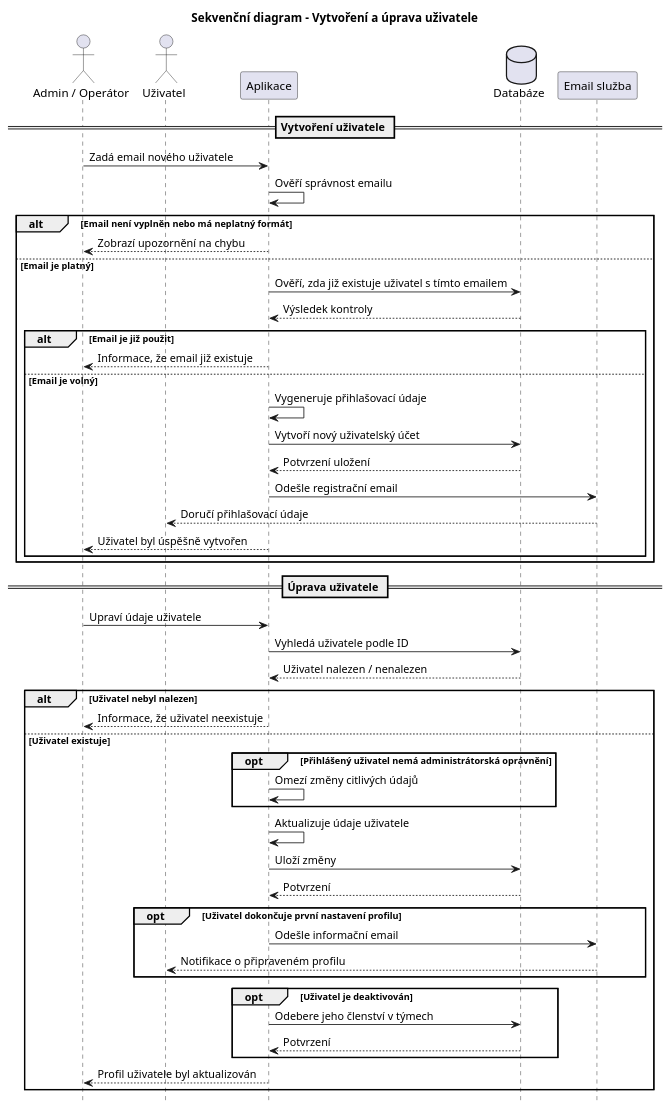
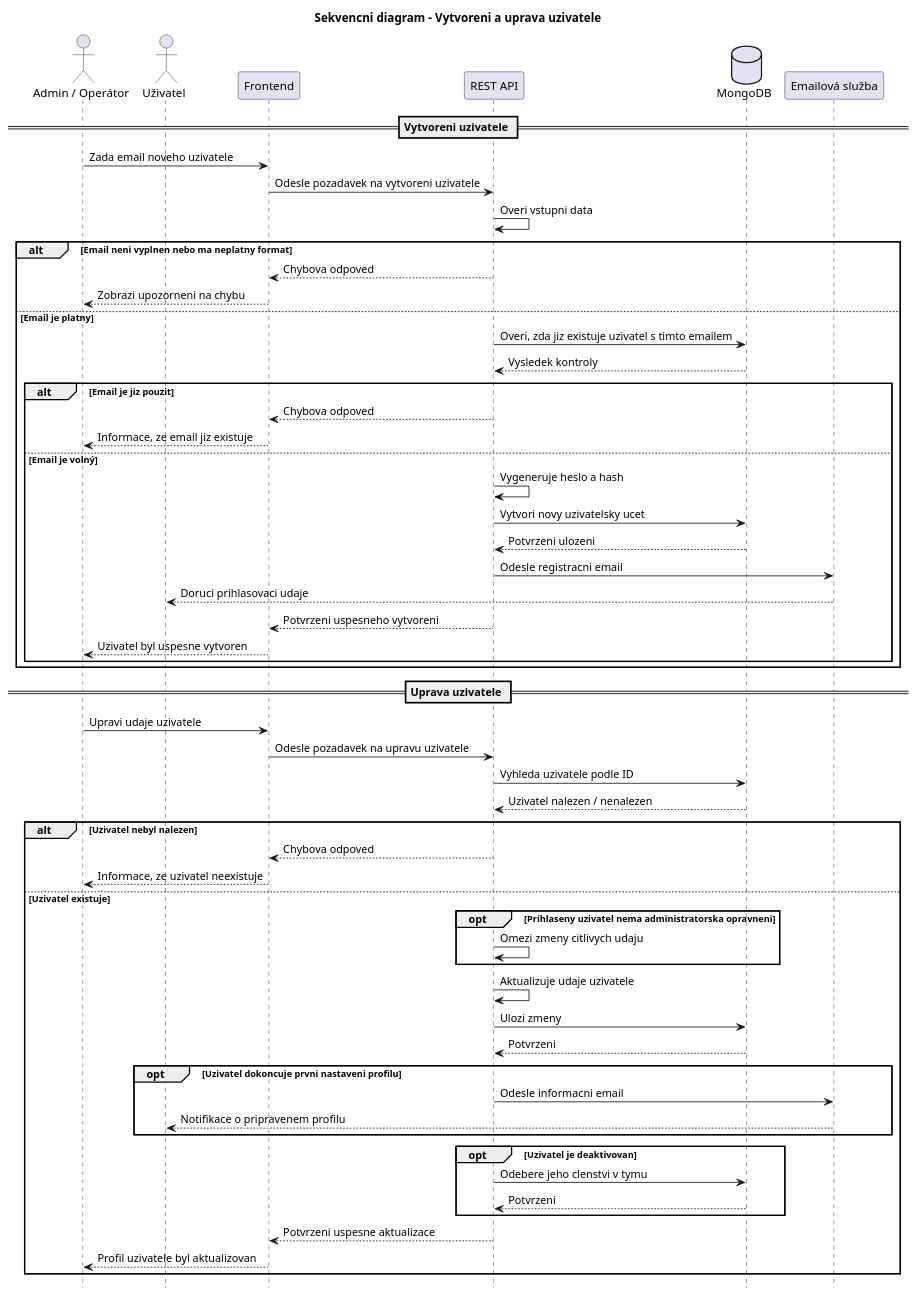
Before and after one commit to TomasHusarik/SpravujTym: the diagram in LLM/sequence_diagram_user.plantuml, drawn with PlantUML. The commit also changed 3 other files, not shown here.

```diff
--- a/LLM/sequence_diagram_user.plantuml
+++ b/LLM/sequence_diagram_user.plantuml
@@ -1,70 +1,78 @@
 @startuml
-title Sekvenční diagram – Vytvoření a úprava uživatele
+title Sekvencni diagram - Vytvoreni a uprava uzivatele
 hide footbox
 
 actor "Admin / Operátor" as Admin
 actor "Uživatel" as UserActor
-participant "Aplikace" as App
-database "Databáze" as DB
-participant "Email služba" as Mail
+participant "Frontend" as FE
+participant "REST API" as API
+database "MongoDB" as DB
+participant "Emailová služba" as Mail
 
-== Vytvoření uživatele ==
+== Vytvoreni uzivatele ==
 
-Admin -> App : Zadá email nového uživatele
-App -> App : Ověří správnost emailu
+Admin -> FE : Zada email noveho uzivatele
+FE -> API : Odesle pozadavek na vytvoreni uzivatele
+API -> API : Overi vstupni data
 
-alt Email není vyplněn nebo má neplatný formát
-  App --> Admin : Zobrazí upozornění na chybu
-else Email je platný
+alt Email neni vyplnen nebo ma neplatny format
+  API --> FE : Chybova odpoved
+  FE --> Admin : Zobrazi upozorneni na chybu
+else Email je platny
 
-  App -> DB : Ověří, zda již existuje uživatel s tímto emailem
-  DB --> App : Výsledek kontroly
+  API -> DB : Overi, zda jiz existuje uzivatel s timto emailem
+  DB --> API : Vysledek kontroly
 
-  alt Email je již použit
-    App --> Admin : Informace, že email již existuje
+  alt Email je jiz pouzit
+    API --> FE : Chybova odpoved
+    FE --> Admin : Informace, ze email jiz existuje
   else Email je volný
 
-    App -> App : Vygeneruje přihlašovací údaje
-    App -> DB : Vytvoří nový uživatelský účet
-    DB --> App : Potvrzení uložení
+    API -> API : Vygeneruje heslo a hash
+    API -> DB : Vytvori novy uzivatelsky ucet
+    DB --> API : Potvrzeni ulozeni
 
-    App -> Mail : Odešle registrační email
-    Mail --> UserActor : Doručí přihlašovací údaje
+    API -> Mail : Odesle registracni email
+    Mail --> UserActor : Doruci prihlasovaci udaje
 
-    App --> Admin : Uživatel byl úspěšně vytvořen
+    API --> FE : Potvrzeni uspesneho vytvoreni
+    FE --> Admin : Uzivatel byl uspesne vytvoren
 
   end
 end
 
-== Úprava uživatele ==
+== Uprava uzivatele ==
 
-Admin -> App : Upraví údaje uživatele
-App -> DB : Vyhledá uživatele podle ID
-DB --> App : Uživatel nalezen / nenalezen
+Admin -> FE : Upravi udaje uzivatele
+FE -> API : Odesle pozadavek na upravu uzivatele
+API -> DB : Vyhleda uzivatele podle ID
+DB --> API : Uzivatel nalezen / nenalezen
 
-alt Uživatel nebyl nalezen
-  App --> Admin : Informace, že uživatel neexistuje
-else Uživatel existuje
+alt Uzivatel nebyl nalezen
+  API --> FE : Chybova odpoved
+  FE --> Admin : Informace, ze uzivatel neexistuje
+else Uzivatel existuje
 
-  opt Přihlášený uživatel nemá administrátorská oprávnění
-    App -> App : Omezí změny citlivých údajů
+  opt Prihlaseny uzivatel nema administratorska opravneni
+    API -> API : Omezi zmeny citlivych udaju
   end
 
-  App -> App : Aktualizuje údaje uživatele
-  App -> DB : Uloží změny
-  DB --> App : Potvrzení
+  API -> API : Aktualizuje udaje uzivatele
+  API -> DB : Ulozi zmeny
+  DB --> API : Potvrzeni
 
-  opt Uživatel dokončuje první nastavení profilu
-    App -> Mail : Odešle informační email
-    Mail --> UserActor : Notifikace o připraveném profilu
+  opt Uzivatel dokoncuje prvni nastaveni profilu
+    API -> Mail : Odesle informacni email
+    Mail --> UserActor : Notifikace o pripravenem profilu
   end
 
-  opt Uživatel je deaktivován
-    App -> DB : Odebere jeho členství v týmech
-    DB --> App : Potvrzení
+  opt Uzivatel je deaktivovan
+    API -> DB : Odebere jeho clenstvi v tymu
+    DB --> API : Potvrzeni
   end
 
-  App --> Admin : Profil uživatele byl aktualizován
+  API --> FE : Potvrzeni uspesne aktualizace
+  FE --> Admin : Profil uzivatele byl aktualizovan
 
 end
 @enduml
```
